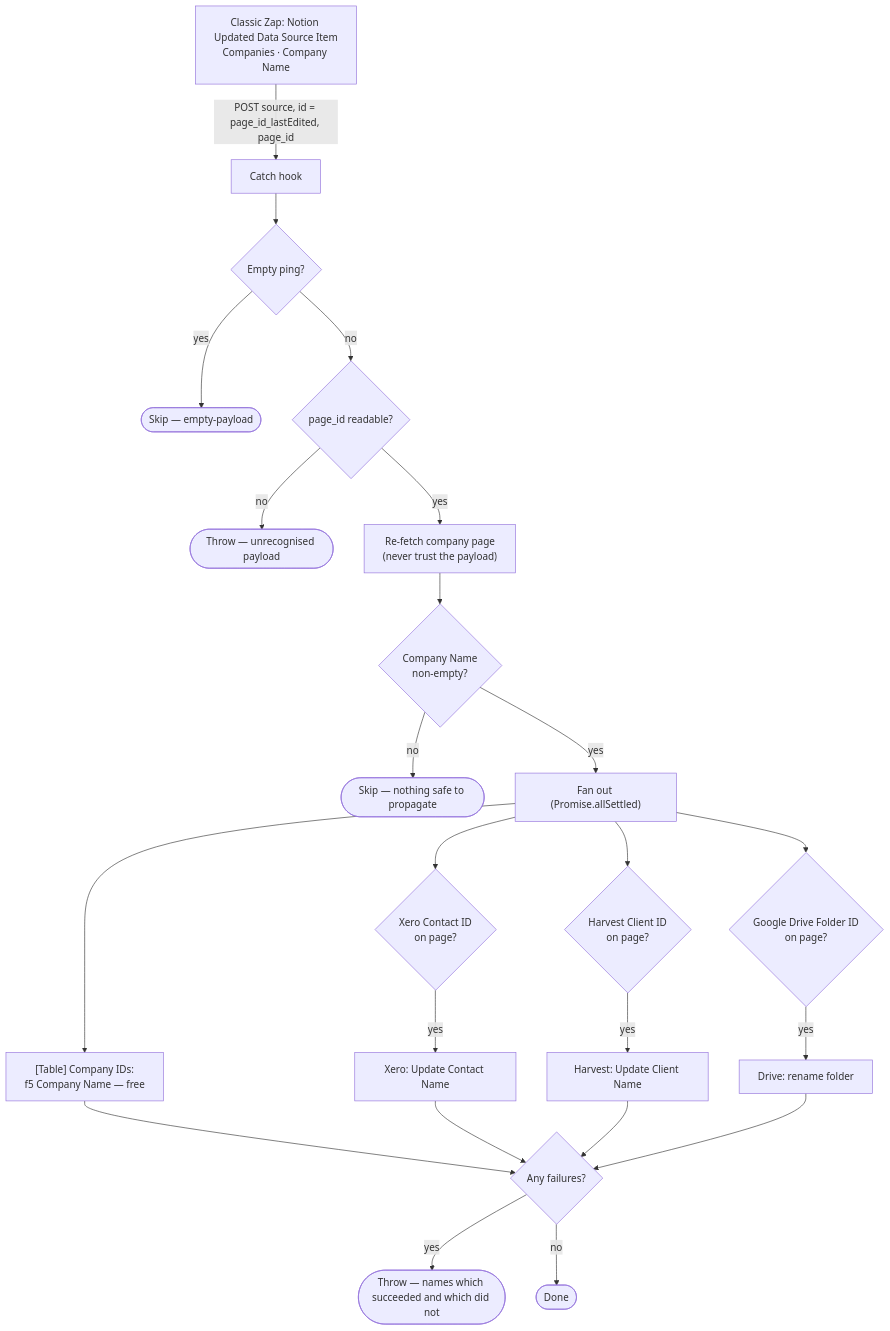
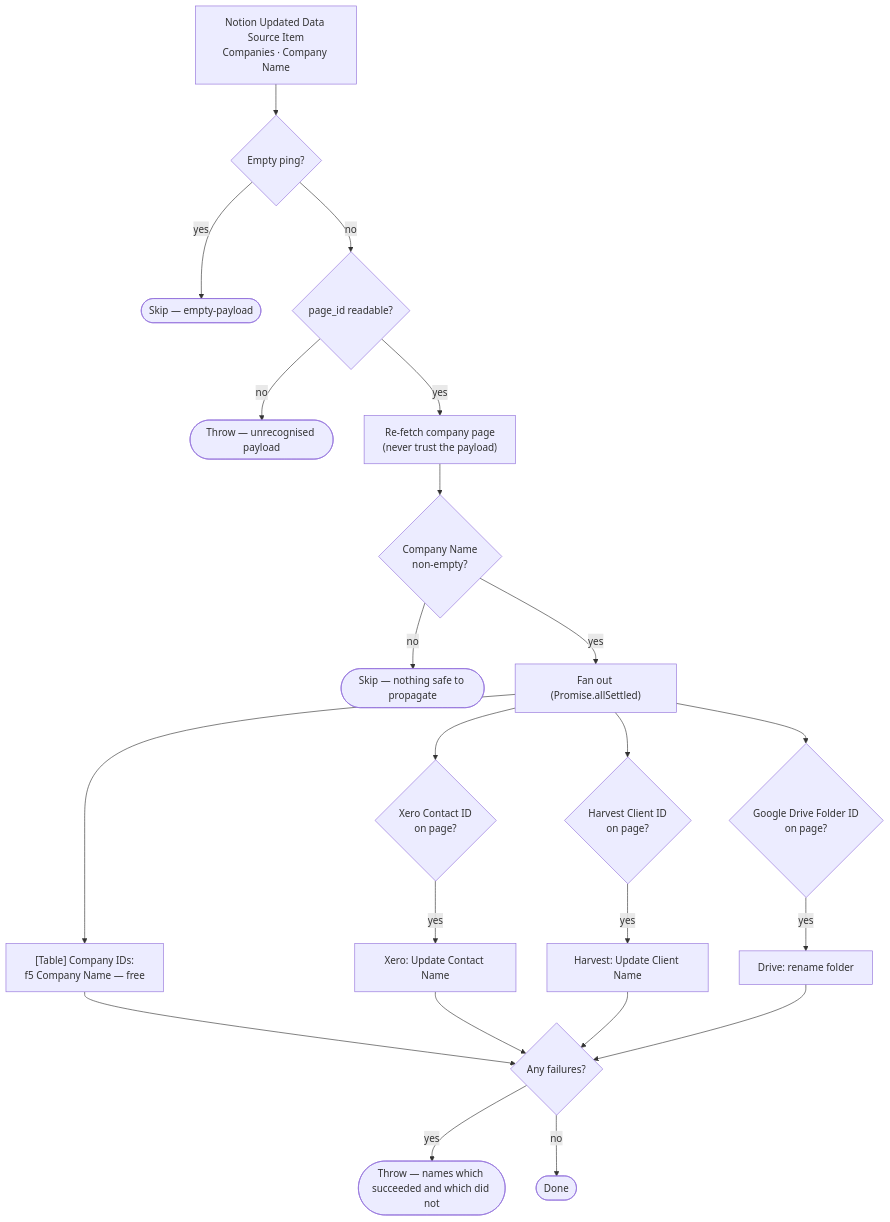
Before and after one commit to work-flowers/zapier-sdk: the diagram in notion-company-renamed-to-xero-harvest-drive/README.md, drawn with Mermaid. The commit also changed other lines of this file and 3 other files, not shown here.

First line of the commit message:
notion-company-renamed: restore the native Notion trigger

````diff
--- a/notion-company-renamed-to-xero-harvest-drive/README.md
+++ b/notion-company-renamed-to-xero-harvest-drive/README.md
@@ -22,25 +21,24 @@
 ```mermaid
 flowchart TD
-    N["Classic Zap: Notion Updated Data Source Item<br/>Companies · Company Name"] -- "POST source, id = page_id_lastEdited, page_id" --> A["Catch hook"]
-    A --> P{"Empty ping?"}
+    N["Notion Updated Data Source Item<br/>Companies · Company Name"] --> P{"Empty ping?"}
     P -- yes --> S0(["Skip — empty-payload"])
     P -- no --> Q{"page_id readable?"}
     Q -- no --> E0(["Throw — unrecognised payload"])
     Q -- yes --> B["Re-fetch company page<br/>(never trust the payload)"]
     B --> C{"Company Name<br/>non-empty?"}
     C -- no --> S1(["Skip — nothing safe to propagate"])
     C -- yes --> D["Fan out (Promise.allSettled)"]
     D --> T["[Table] Company IDs:<br/>f5 Company Name — free"]
     D --> X{"Xero Contact ID<br/>on page?"}
     X -- yes --> X1["Xero: Update Contact Name"]
     D --> H{"Harvest Client ID<br/>on page?"}
     H -- yes --> H1["Harvest: Update Client Name"]
     D --> G{"Google Drive Folder ID<br/>on page?"}
     G -- yes --> G1["Drive: rename folder"]
     T --> Z{"Any failures?"}
     X1 --> Z
     H1 --> Z
     G1 --> Z
     Z -- yes --> E1(["Throw — names which succeeded and which did not"])
     Z -- no --> OK(["Done"])
 ```
````
